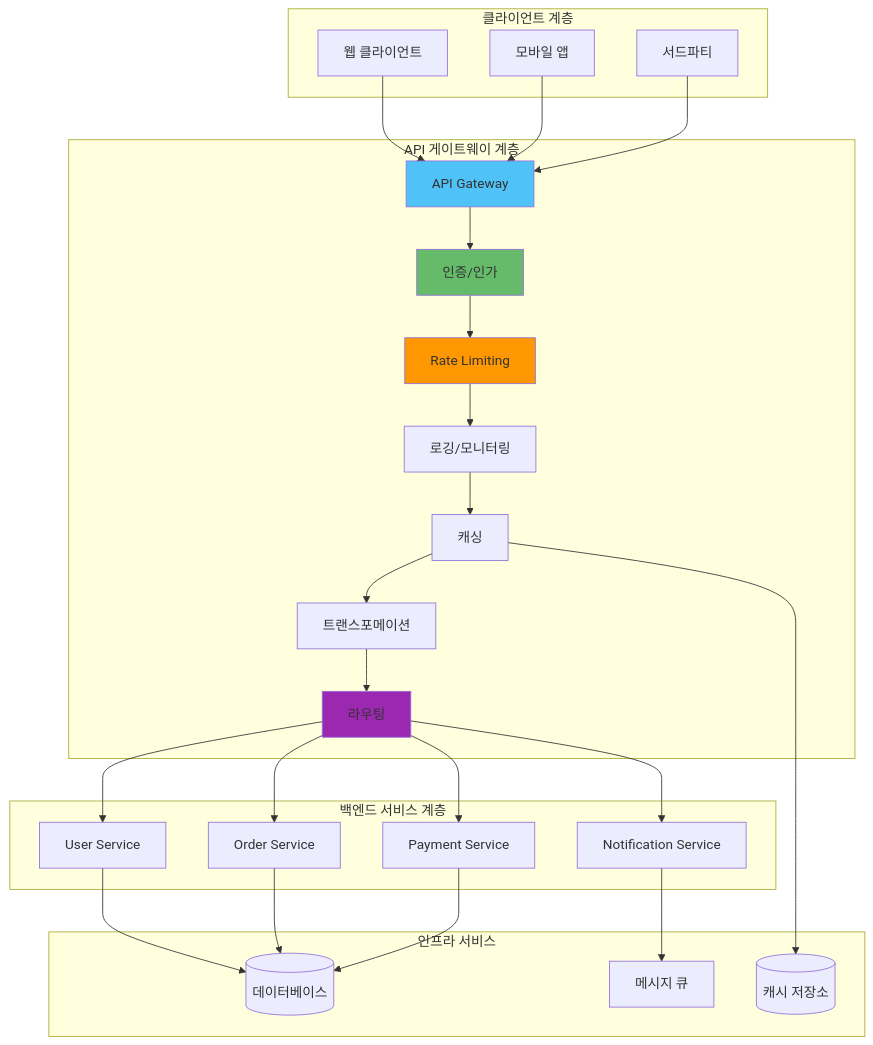
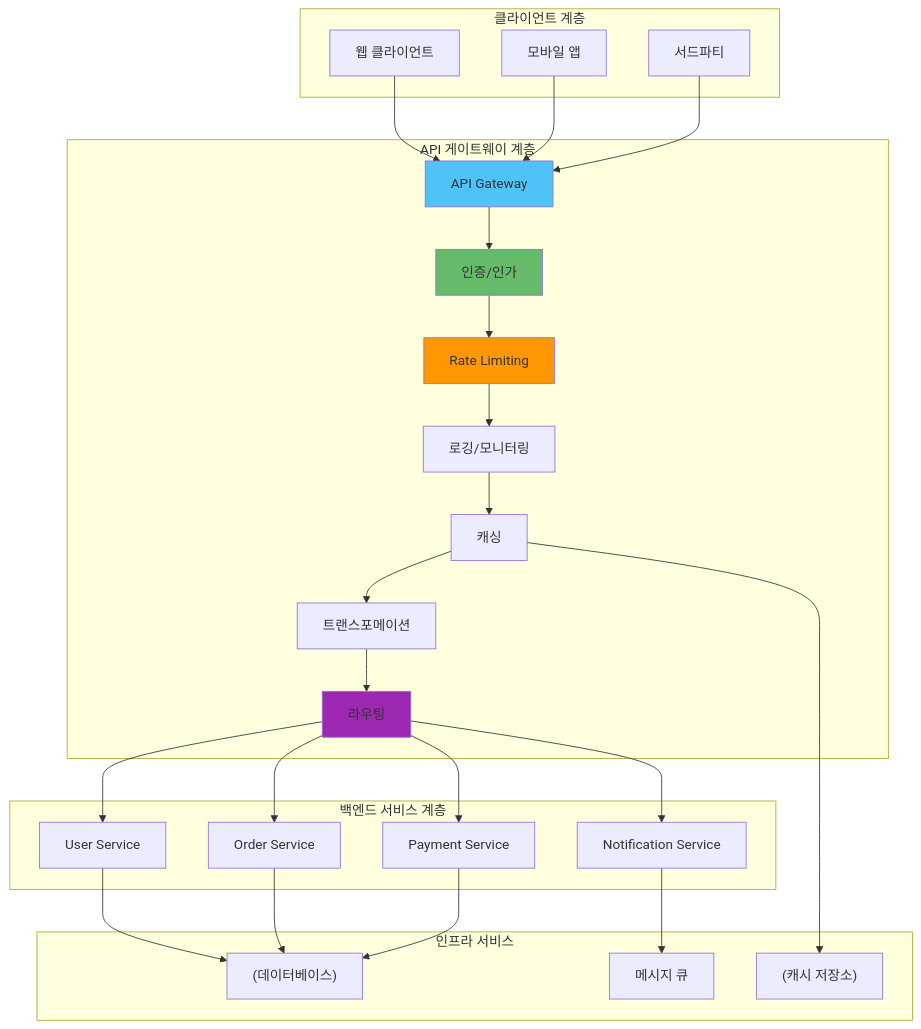
One commit to GYUTORY/YGSTUDY changed the ninth of 15 diagrams in Develop/Framework/Node/API/API_설계_원칙.md. Above: the diagram before and after it, drawn with Mermaid. The commit also changed other lines of this file and 14 other files, not shown here.

````diff
--- a/Develop/Framework/Node/API/API_설계_원칙.md
+++ b/Develop/Framework/Node/API/API_설계_원칙.md
@@ -721,59 +721,59 @@
 ```mermaid
 graph TB
     subgraph "클라이언트 계층"
         WEB[웹 클라이언트]
         MOBILE[모바일 앱]
         THIRD[서드파티]
     end
     
     subgraph "API 게이트웨이 계층"
         GATEWAY[API Gateway]
-        AUTH[인증/인가]
+        AUTH["인증/인가"]
         RATE[Rate Limiting]
-        LOG[로깅/모니터링]
+        LOG["로깅/모니터링"]
         TRANS[트랜스포메이션]
         CACHE[캐싱]
         ROUTE[라우팅]
     end
     
     subgraph "백엔드 서비스 계층"
         USER[User Service]
         ORDER[Order Service]
         PAYMENT[Payment Service]
         NOTIFICATION[Notification Service]
     end
     
     subgraph "인프라 서비스"
-        DB[(데이터베이스)]
+        DB["(데이터베이스)"]
         QUEUE[메시지 큐]
-        CACHE_STORE[(캐시 저장소)]
+        CACHE_STORE["(캐시 저장소)"]
     end
     
     WEB --> GATEWAY
     MOBILE --> GATEWAY
     THIRD --> GATEWAY
     
     GATEWAY --> AUTH
     AUTH --> RATE
     RATE --> LOG
     LOG --> CACHE
     CACHE --> TRANS
     TRANS --> ROUTE
     
     ROUTE --> USER
     ROUTE --> ORDER
     ROUTE --> PAYMENT
     ROUTE --> NOTIFICATION
     
     USER --> DB
     ORDER --> DB
     PAYMENT --> DB
     NOTIFICATION --> QUEUE
     
     CACHE --> CACHE_STORE
     
     style GATEWAY fill:#4fc3f7
     style AUTH fill:#66bb6a
     style RATE fill:#ff9800
     style ROUTE fill:#9c27b0
 ```
````
